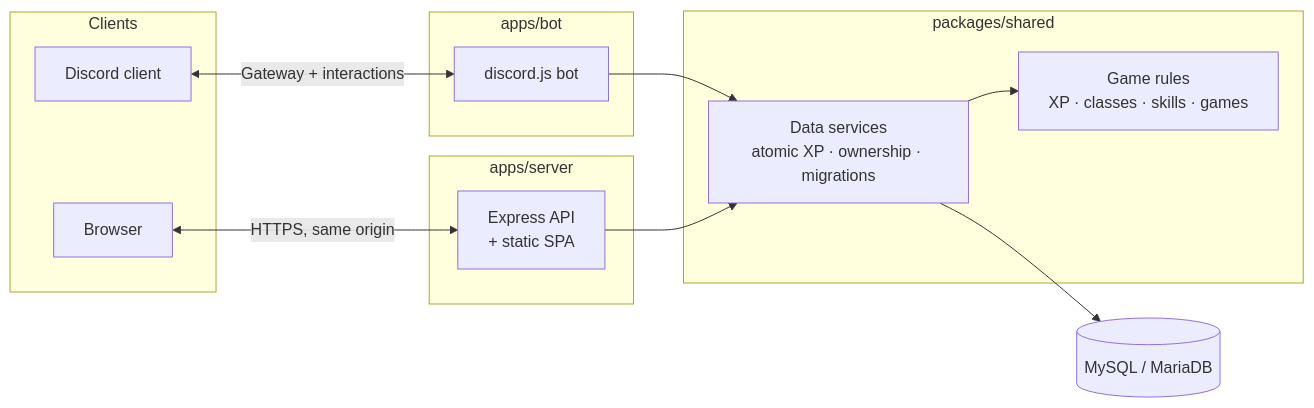
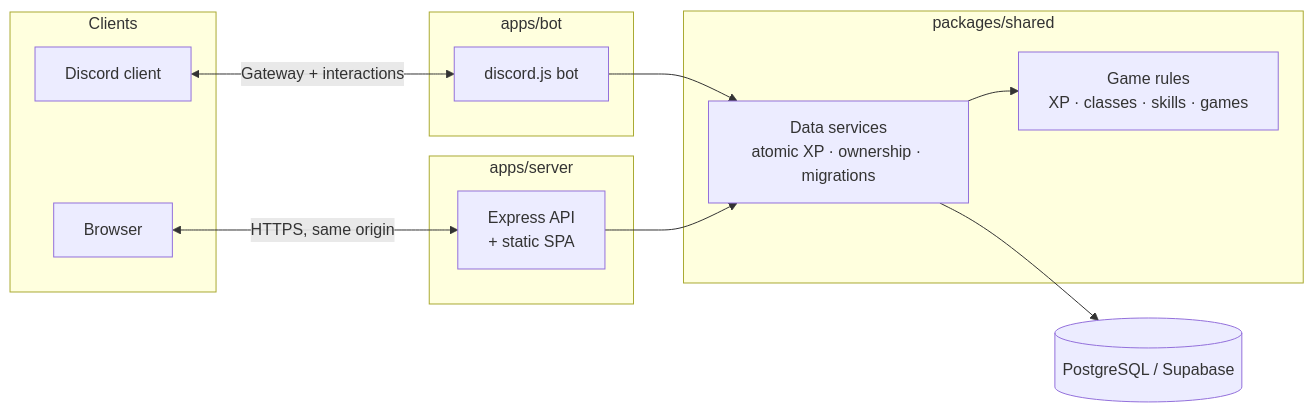
Before and after one commit to Mist10148/TaskQuest-Application: the diagram in README.md, drawn with Mermaid. The commit also changed other lines of this file and 19 other files, not shown here.

````diff
--- a/README.md
+++ b/README.md
@@ -50,25 +50,25 @@
 ```mermaid
 flowchart LR
     subgraph Clients
         D[Discord client]
         B[Browser]
     end
     subgraph "apps/bot"
         BOT[discord.js bot]
     end
     subgraph "apps/server"
         API[Express API<br/>+ static SPA]
     end
     subgraph "packages/shared"
         RULES[Game rules<br/>XP · classes · skills · games]
         SVC[Data services<br/>atomic XP · ownership · migrations]
     end
-    DB[(MySQL / MariaDB)]
+    DB[(PostgreSQL / Supabase)]
 
     D <-->|Gateway + interactions| BOT
     B <-->|HTTPS, same origin| API
     BOT --> SVC
     API --> SVC
     SVC --> RULES
     SVC --> DB
 ```
````
